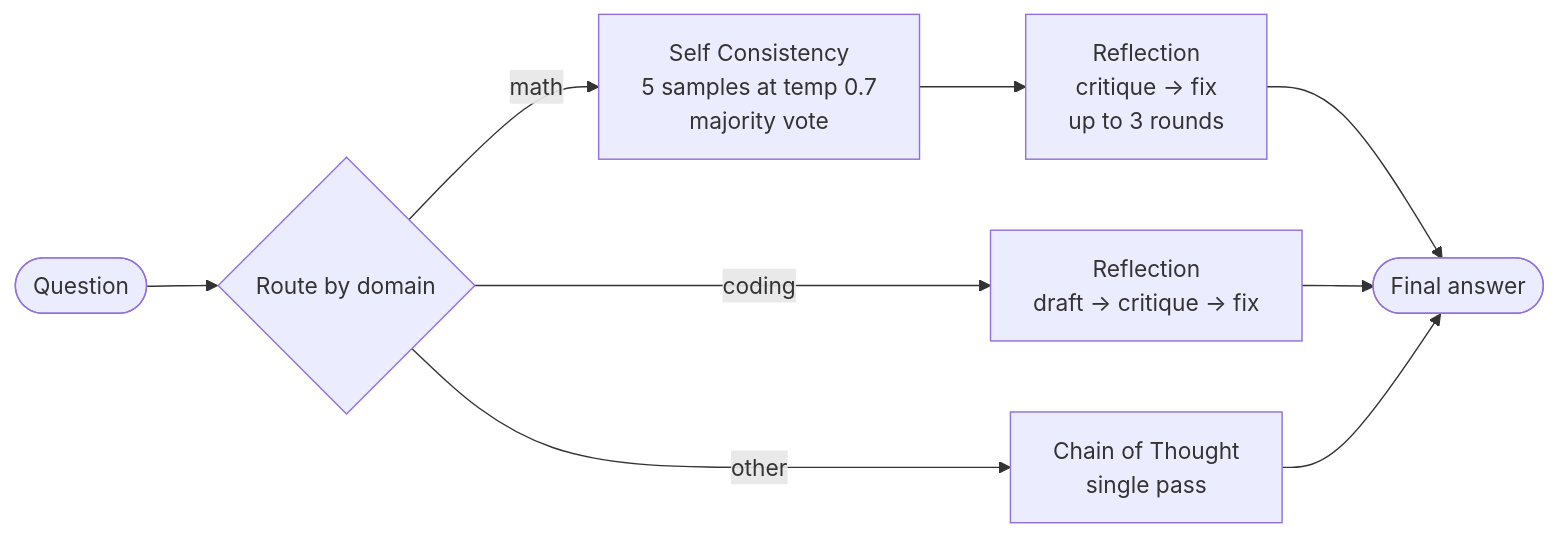
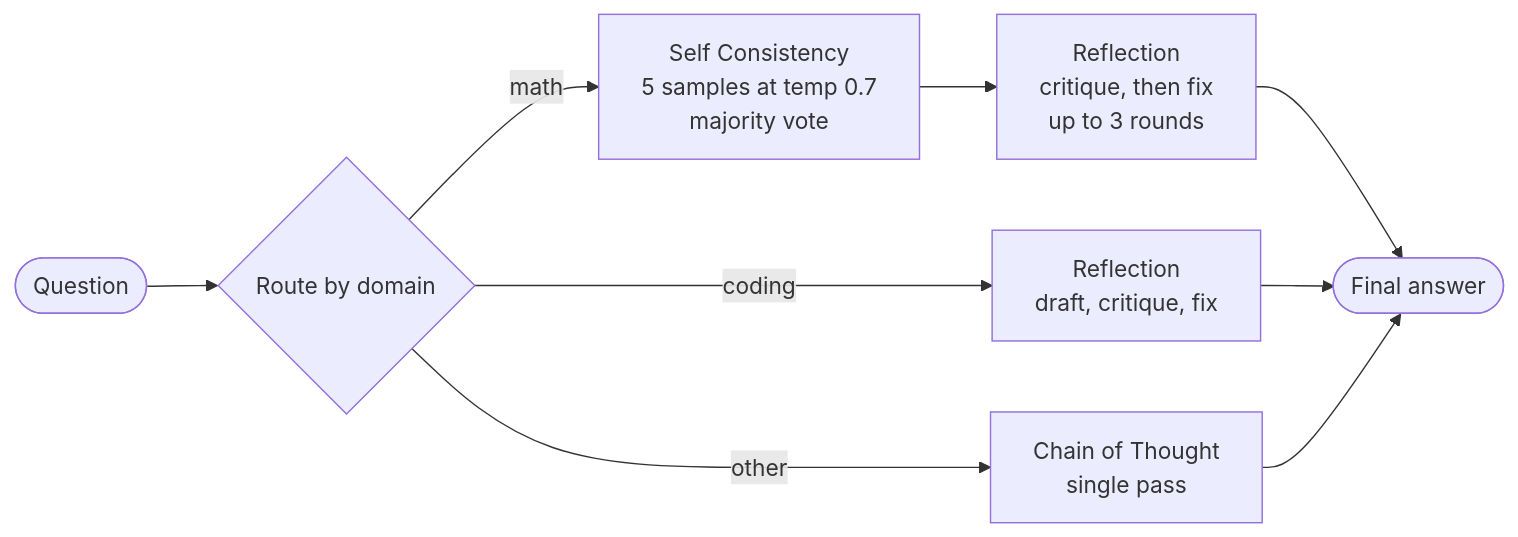
The diagram in README.md (manaswichowdary/llm-reasoning-agent), drawn with Mermaid before and after one commit. The commit also changed other lines of this file, not shown here.

````diff
--- a/README.md
+++ b/README.md
@@ -13,11 +13,11 @@
 ```mermaid
 flowchart LR
     Q([Question]) --> R{"Route by domain"}
     R -- math --> SC["Self Consistency<br/>5 samples at temp 0.7<br/>majority vote"]
-    SC --> RF["Reflection<br/>critique → fix<br/>up to 3 rounds"]
-    R -- coding --> RF2["Reflection<br/>draft → critique → fix"]
+    SC --> RF["Reflection<br/>critique, then fix<br/>up to 3 rounds"]
+    R -- coding --> RF2["Reflection<br/>draft, critique, fix"]
     R -- other --> COT["Chain of Thought<br/>single pass"]
     RF --> A([Final answer])
     RF2 --> A
     COT --> A
 ```
````
